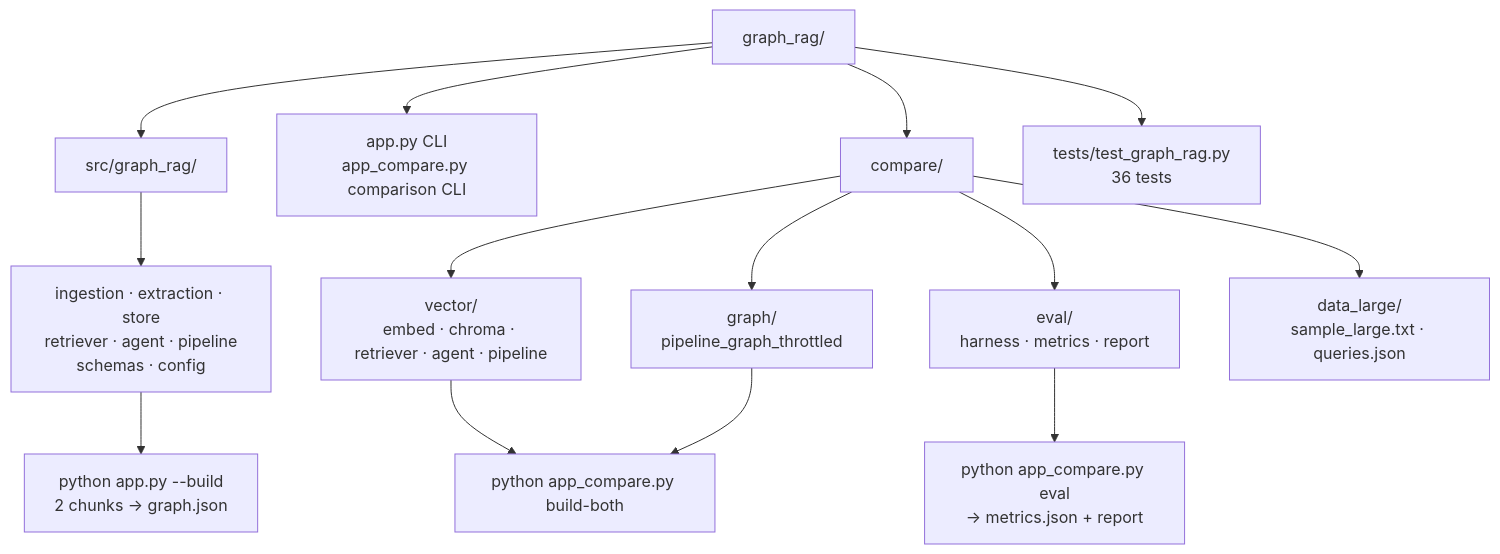
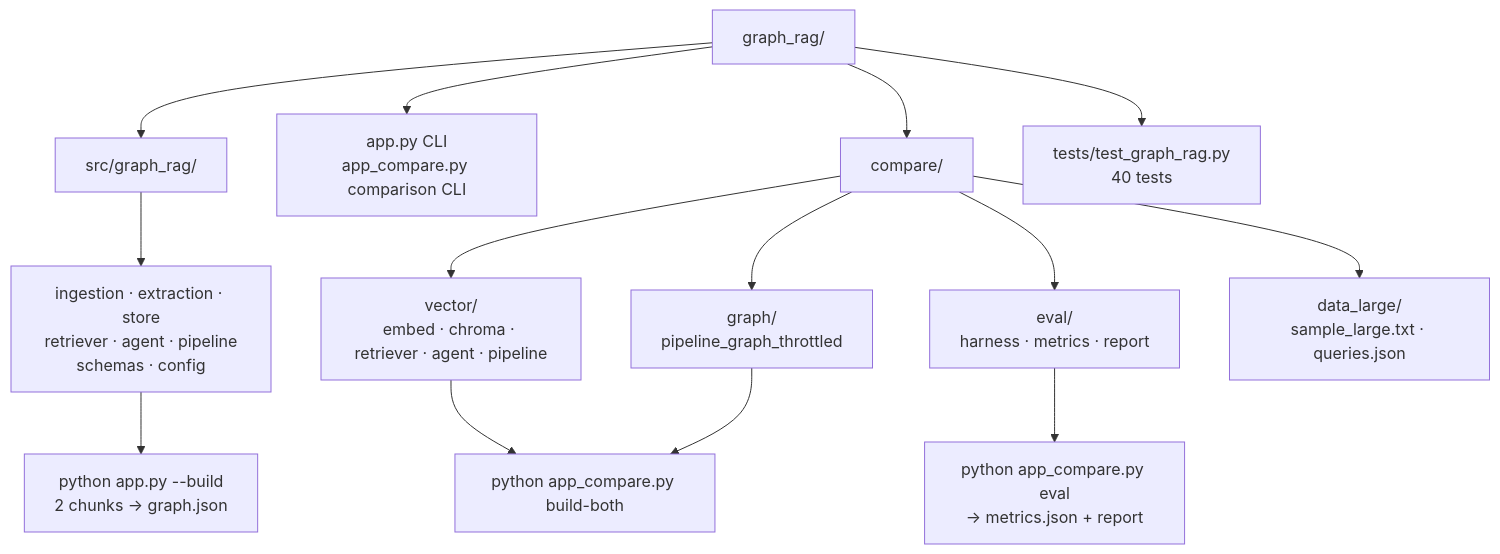
The sixth of 7 diagrams in README.md (manishwvn/graph_rag), drawn with Mermaid before and after one commit. The commit also changed other lines of this file and 9 other files, not shown here.

````diff
--- a/README.md
+++ b/README.md
@@ -133,16 +133,16 @@
 ```mermaid
 graph TD
   ROOT["graph_rag/"] --> SRC["src/graph_rag/"]
   ROOT --> APPS["app.py CLI<br/>app_compare.py comparison CLI"]
   ROOT --> CMP["compare/"]
-  ROOT --> TST["tests/test_graph_rag.py<br/>36 tests"]
+  ROOT --> TST["tests/test_graph_rag.py<br/>40 tests"]
   SRC --> CORE["ingestion · extraction · store<br/>retriever · agent · pipeline<br/>schemas · config"]
   CMP --> CV["vector/<br/>embed · chroma · retriever · agent · pipeline"]
   CMP --> CG["graph/<br/>pipeline_graph_throttled"]
   CMP --> CE["eval/<br/>harness · metrics · report"]
   CMP --> CD["data_large/<br/>sample_large.txt · queries.json"]
   CORE --> B1["python app.py --build<br/>2 chunks -> graph.json"]
   CV --> B2["python app_compare.py build-both"]
   CG --> B2
   CE --> B3["python app_compare.py eval<br/>-> metrics.json + report"]
 ```
````
